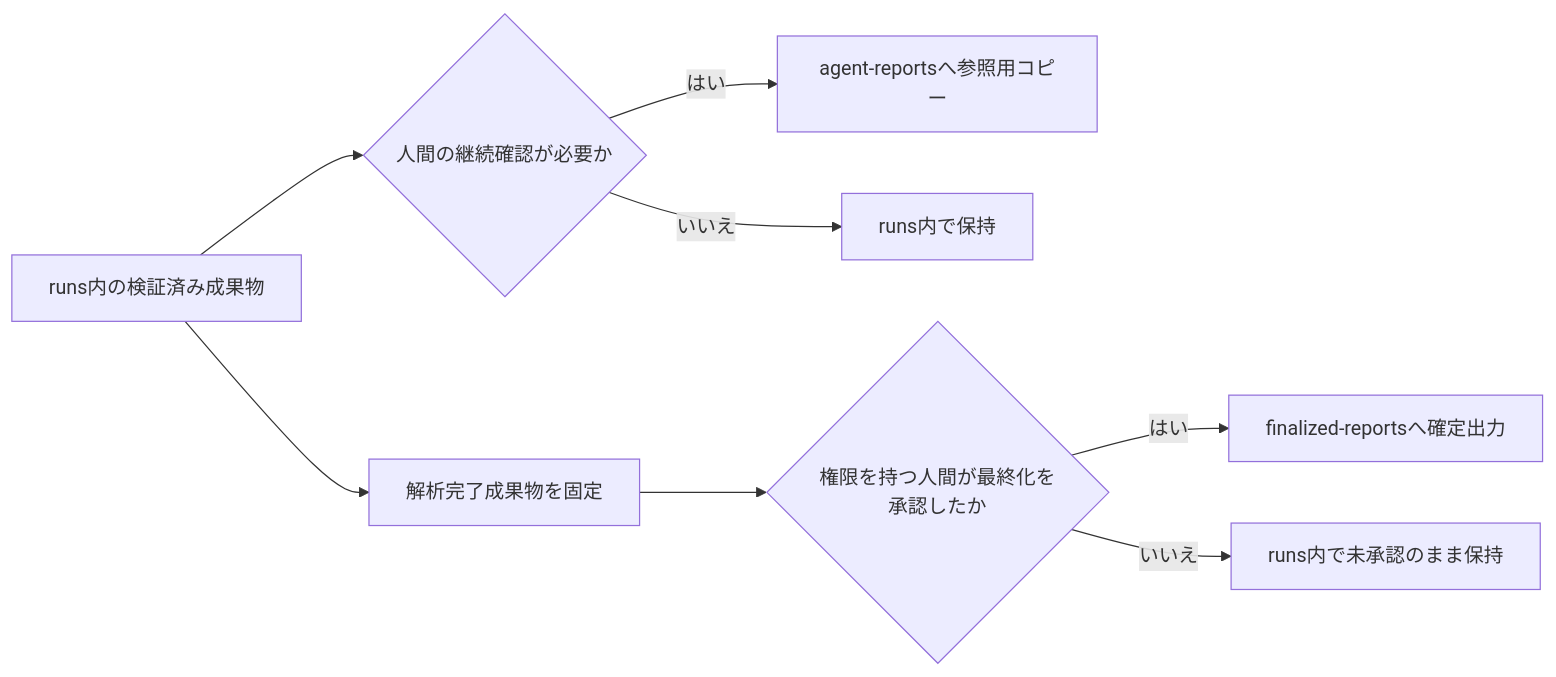
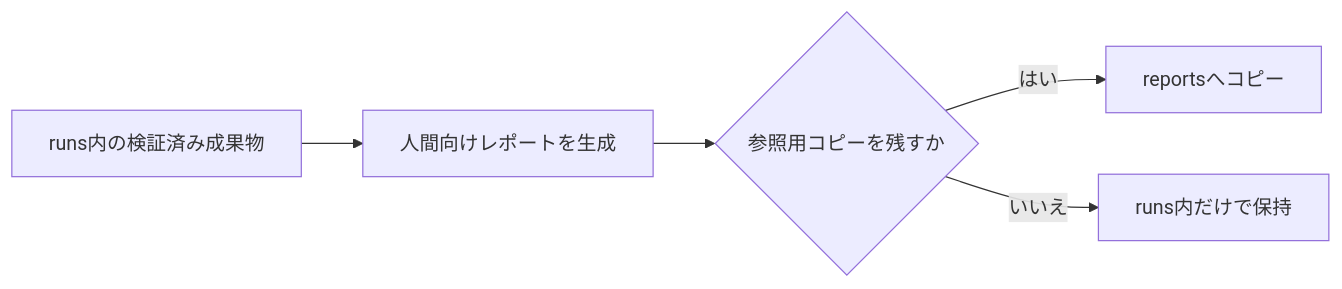
The first of 2 diagrams in docs/system-requirements/05-artifact-retention-and-security.md (toike08D17012/system-trade-with-llm-orchestrator), drawn with Mermaid before and after one commit. The commit also changed other lines of this file and 10 other files, not shown here.

````diff
--- a/docs/system-requirements/05-artifact-retention-and-security.md
+++ b/docs/system-requirements/05-artifact-retention-and-security.md
@@ -34,10 +34,7 @@
 ```mermaid
 flowchart LR
-    A[runs内の検証済み成果物] --> B{人間の継続確認が必要か}
-    B -->|はい| C[agent-reportsへ参照用コピー]
-    B -->|いいえ| D[runs内で保持]
-    A --> E[解析完了成果物を固定]
-    E --> H{権限を持つ人間が最終化を承認したか}
-    H -->|はい| F[finalized-reportsへ確定出力]
-    H -->|いいえ| G[runs内で未承認のまま保持]
+    A[runs内の検証済み成果物] --> B[人間向けレポートを生成]
+    B --> C{参照用コピーを残すか}
+    C -->|はい| D[reportsへコピー]
+    C -->|いいえ| E[runs内だけで保持]
 ```
````
